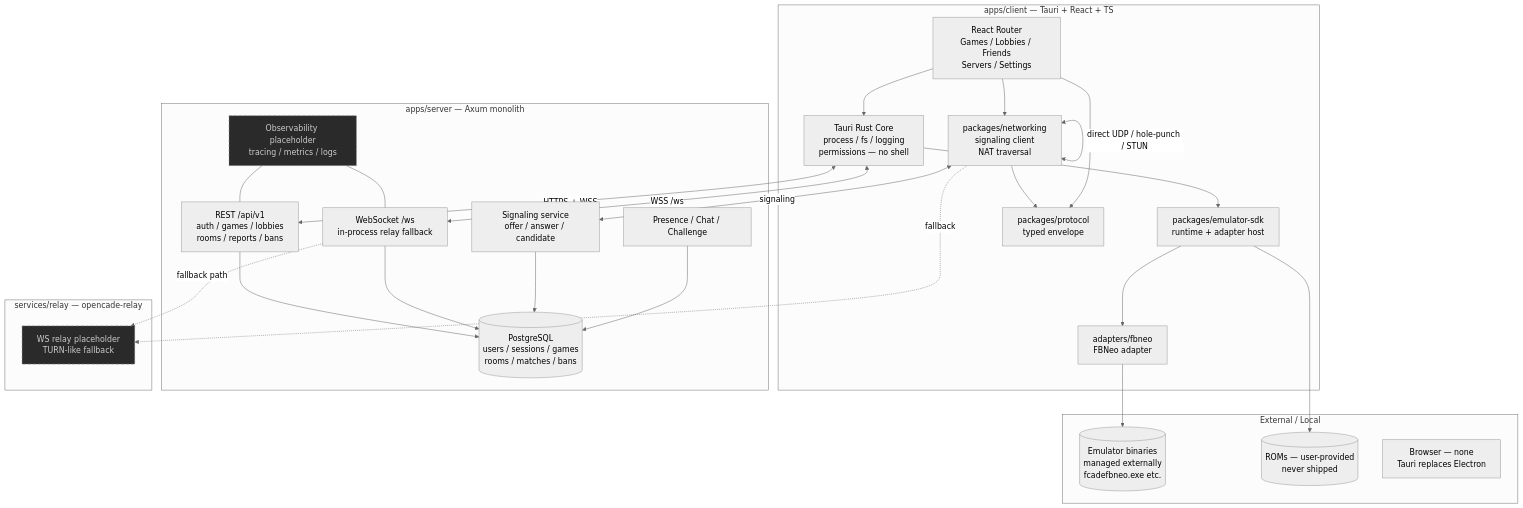
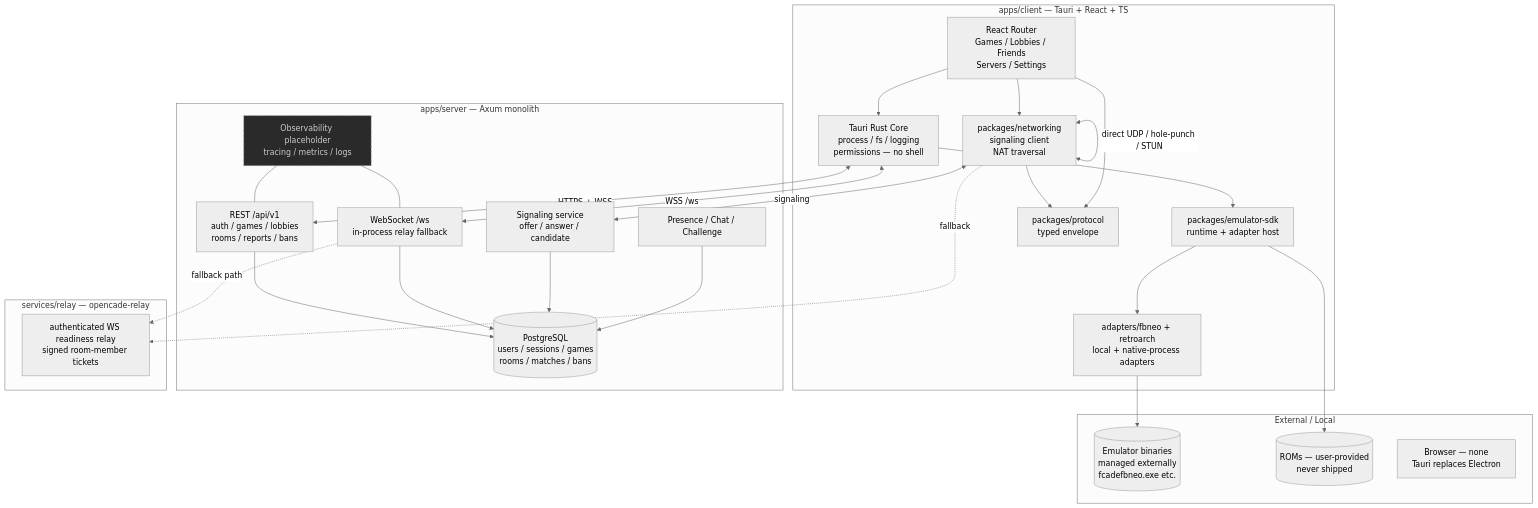
One commit to Zendevve/OpenCade changed the diagram in docs/ARCHITECTURE.md. Above: the diagram before and after it, drawn with Mermaid (neutral theme). The commit also changed other lines of this file and 80 other files, not shown here.

````diff
--- a/docs/ARCHITECTURE.md
+++ b/docs/ARCHITECTURE.md
@@ -133,56 +133,56 @@
 ```mermaid
 flowchart TB
     subgraph Client["apps/client — Tauri + React + TS"]
         UI[React Router<br/>Games / Lobbies / Friends<br/>Servers / Settings]
         TAURI[Tauri Rust Core<br/>process / fs / logging<br/>permissions — no shell]
         SDK_RT[packages/emulator-sdk<br/>runtime + adapter host]
-        ADAPTER[adapters/fbneo<br/>FBNeo adapter]
+        ADAPTER[adapters/fbneo + retroarch<br/>local + native-process adapters]
         NET_C[packages/networking<br/>signaling client<br/>NAT traversal]
         PROTO_C[packages/protocol<br/>typed envelope]
     end
 
     subgraph Server["apps/server — Axum monolith"]
         REST[REST /api/v1<br/>auth / games / lobbies<br/>rooms / reports / bans]
         WS[WebSocket /ws<br/>in-process relay fallback]
         SIG[Signaling service<br/>offer / answer / candidate]
         PRESENCE[Presence / Chat / Challenge]
         DB[(PostgreSQL<br/>users / sessions / games<br/>rooms / matches / bans)]
         OBS[Observability placeholder<br/>tracing / metrics / logs]
     end
 
     subgraph Relay["services/relay — opencade-relay"]
-        RELAY_WS[WS relay placeholder<br/>TURN-like fallback]
+        RELAY_WS[authenticated WS readiness relay<br/>signed room-member tickets]
     end
 
     subgraph External["External / Local"]
         EMU_BIN[(Emulator binaries<br/>managed externally<br/>fcadefbneo.exe etc.)]
         ROMS[(ROMs — user-provided<br/>never shipped)]
         BROWSER[Browser — none<br/>Tauri replaces Electron]
     end
 
     UI --> TAURI
     TAURI --> SDK_RT
     SDK_RT --> ADAPTER
     ADAPTER --> EMU_BIN
     SDK_RT --> ROMS
     UI --> NET_C
     NET_C --> PROTO_C
     UI --> PROTO_C
 
     TAURI <-->|HTTPS + WSS| REST
     TAURI <-->|WSS /ws| WS
     NET_C <-->|signaling| SIG
     NET_C <-->|direct UDP / hole-punch / STUN| NET_C
     NET_C -.->|fallback| RELAY_WS
     WS -.->|fallback path| RELAY_WS
 
     REST --> DB
     WS --> DB
     SIG --> DB
     PRESENCE --> DB
     OBS --- REST
     OBS --- WS
 
     classDef placeholder fill:#2a2a2a,stroke:#888,stroke-dasharray: 6 4,color:#ccc
-    class RELAY_WS,OBS placeholder
+    class OBS placeholder
 ```
````
